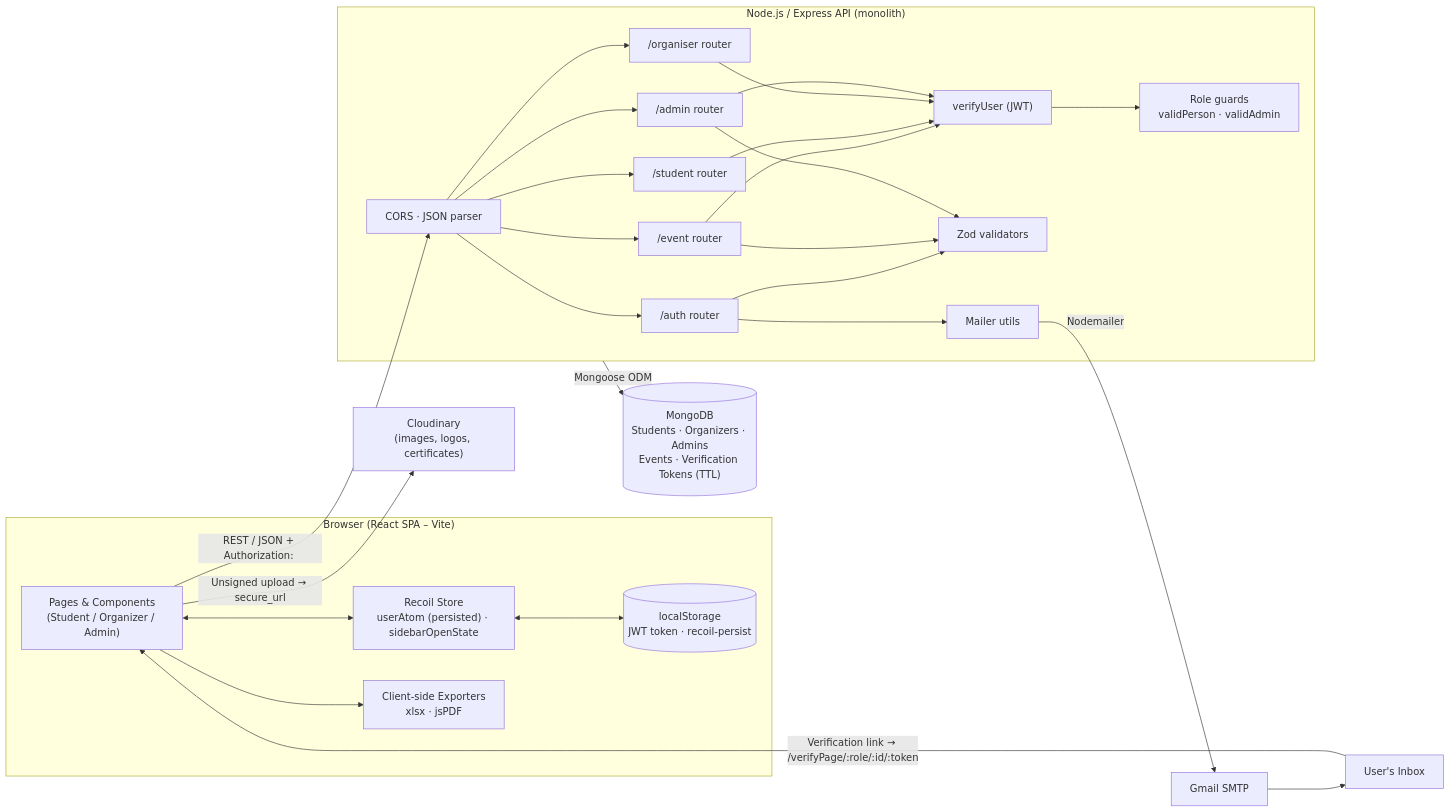
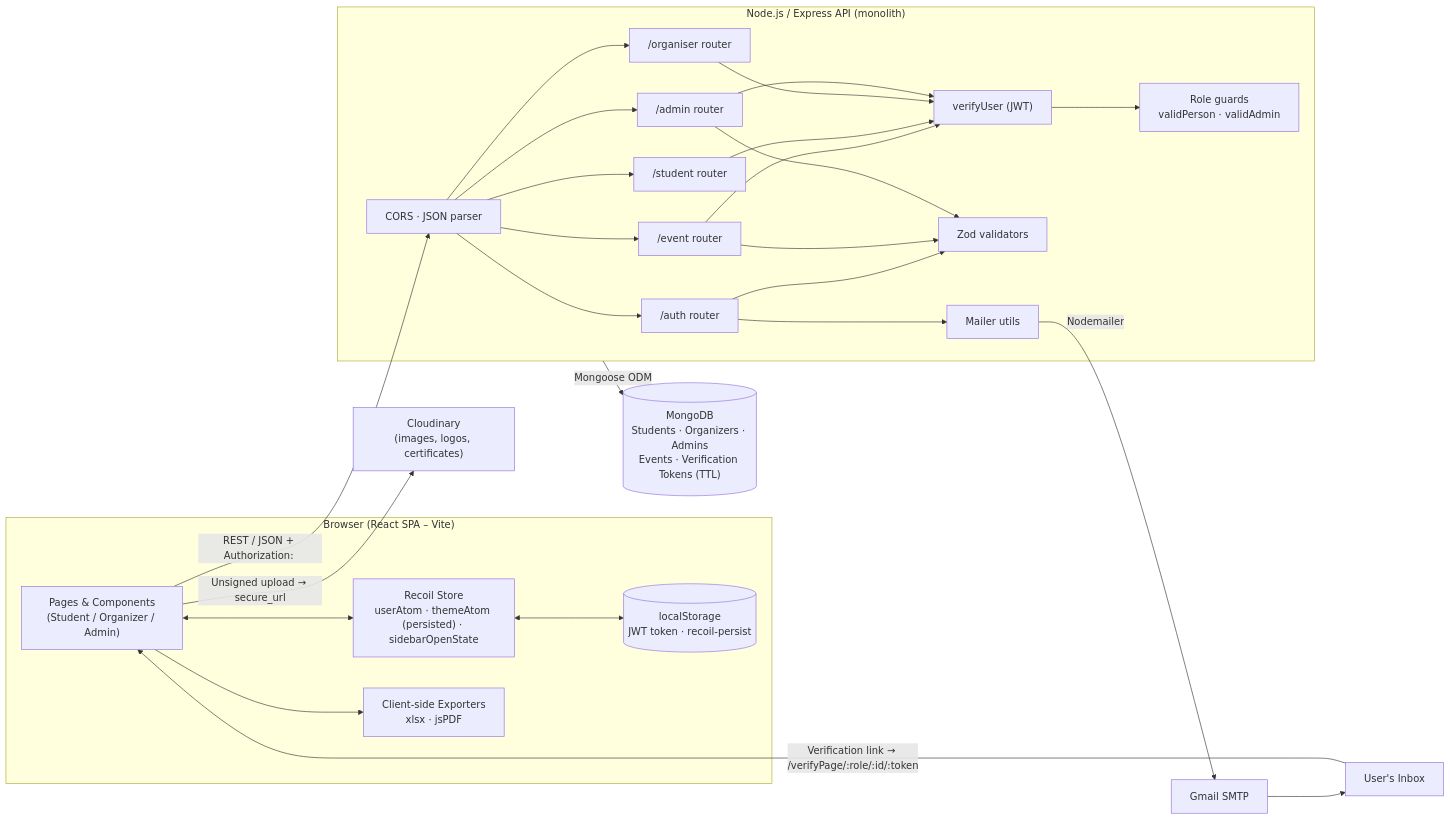
The second of 14 diagrams in README.md (Vinaykumarp2005/Event-Connect), drawn with Mermaid before and after one commit. The commit also changed other lines of this file and 1 other file, not shown here.

````diff
--- a/README.md
+++ b/README.md
@@ -150,40 +226,40 @@
 ```mermaid
 flowchart LR
     subgraph Browser["Browser (React SPA – Vite)"]
         UI["Pages & Components<br/>(Student / Organizer / Admin)"]
-        RS["Recoil Store<br/>userAtom (persisted) · sidebarOpenState"]
+        RS["Recoil Store<br/>userAtom · themeAtom (persisted) · sidebarOpenState"]
         LS[("localStorage<br/>JWT token · recoil-persist")]
         EX["Client-side Exporters<br/>xlsx · jsPDF"]
         UI <--> RS
         RS <--> LS
         UI --> EX
     end
 
     subgraph Server["Node.js / Express API (monolith)"]
         MW["CORS · JSON parser"]
         AUTH["/auth router"]
         EVT["/event router"]
         STU["/student router"]
         ORG["/organiser router"]
         ADM["/admin router"]
         JWT["verifyUser (JWT)"]
         GUARD["Role guards<br/>validPerson · validAdmin"]
         ZOD["Zod validators"]
         MAIL["Mailer utils"]
         MW --> AUTH & EVT & STU & ORG & ADM
         EVT & STU & ORG & ADM --> JWT --> GUARD
         AUTH & EVT & ADM --> ZOD
         AUTH --> MAIL
     end
 
     DB[("MongoDB<br/>Students · Organizers · Admins<br/>Events · Verification Tokens (TTL)")]
     CLD["Cloudinary<br/>(images, logos, certificates)"]
     SMTP["Gmail SMTP"]
     INBOX["User's Inbox"]
 
     UI -- "REST / JSON + Authorization: <JWT>" --> MW
     UI -- "Unsigned upload → secure_url" --> CLD
     Server -- "Mongoose ODM" --> DB
     MAIL -- "Nodemailer" --> SMTP --> INBOX
     INBOX -- "Verification link → /verifyPage/:role/:id/:token" --> UI
 ```
````
